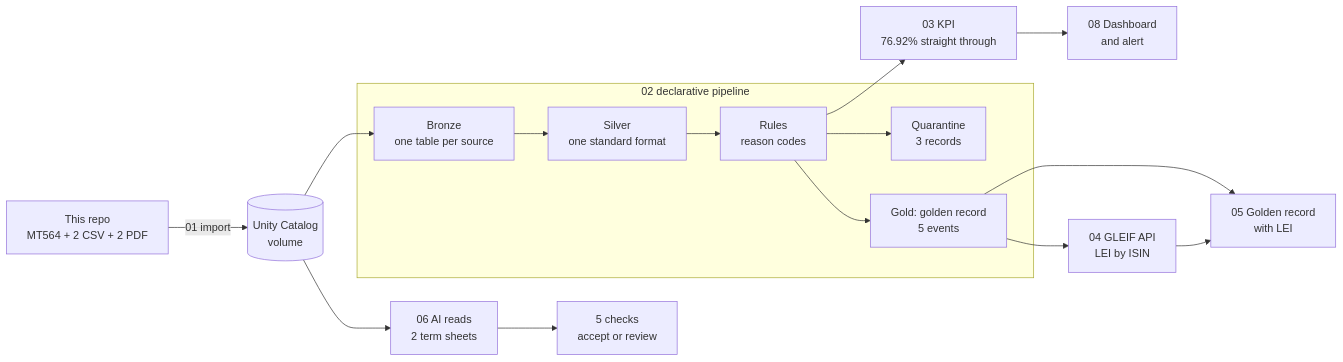
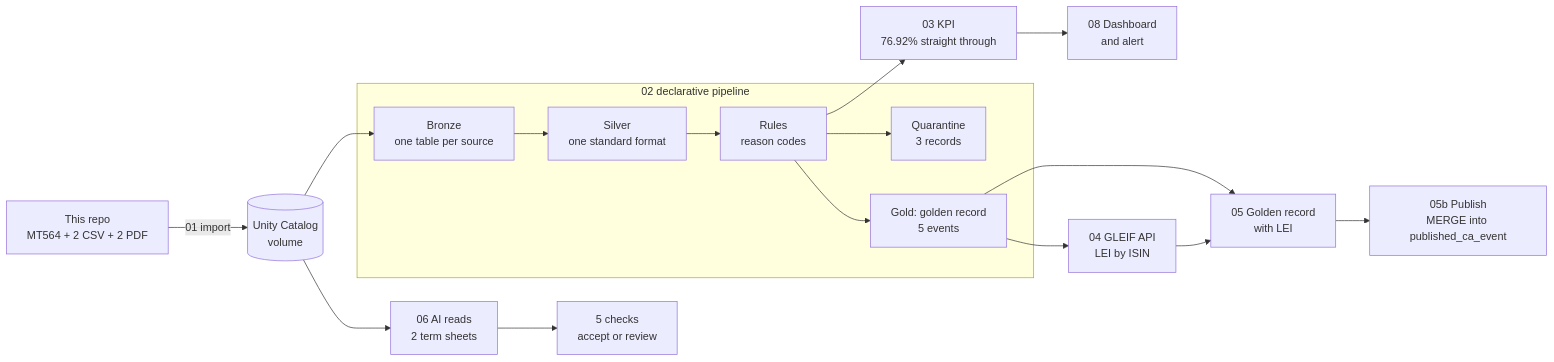
Before and after one commit to Theocrite2/six-trades-data: the diagram in README.md, drawn with Mermaid. The commit also changed other lines of this file, not shown here.

````diff
--- a/README.md
+++ b/README.md
@@ -13,17 +23,18 @@
 ```mermaid
 flowchart LR
     GH["This repo<br/>MT564 + 2 CSV + 2 PDF"] -->|"01 import"| VOL[("Unity Catalog<br/>volume")]
     subgraph PIPE["02 declarative pipeline"]
         BR["Bronze<br/>one table per source"] --> SI["Silver<br/>one standard format"]
         SI --> CH["Rules<br/>reason codes"]
         CH --> QU["Quarantine<br/>3 records"]
         CH --> GO["Gold: golden record<br/>5 events"]
     end
     VOL --> BR
     CH --> KPI["03 KPI<br/>76.92% straight through"]
     KPI --> MON["08 Dashboard<br/>and alert"]
     GO --> LEI["04 GLEIF API<br/>LEI by ISIN"]
     GO --> JN["05 Golden record<br/>with LEI"]
     LEI --> JN
+    JN --> PUB["05b Publish<br/>MERGE into published_ca_event"]
     VOL --> TS["06 AI reads<br/>2 term sheets"] --> TR["5 checks<br/>accept or review"]
 ```
````
